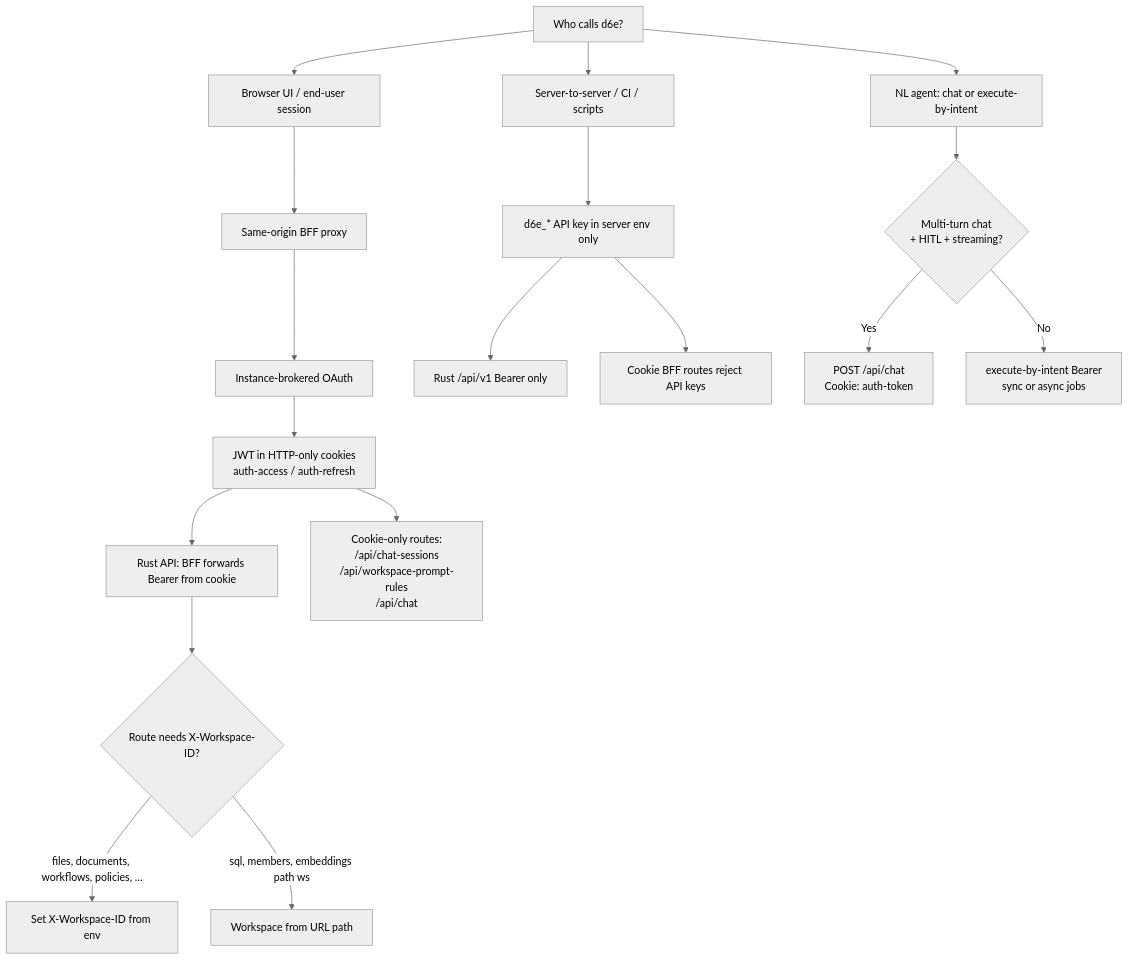
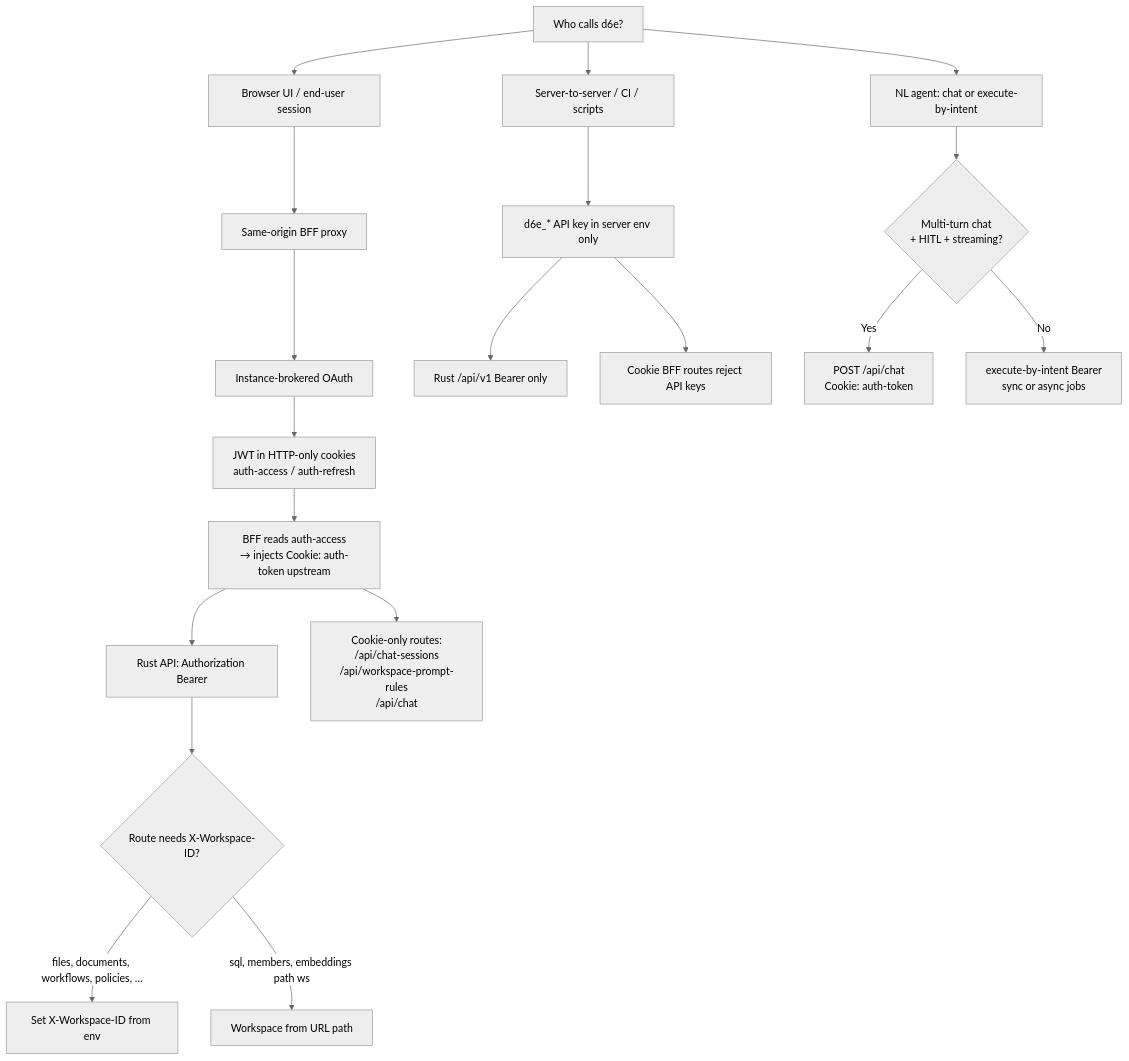
One commit to d6e-ai/d6e-ai-keiri-example changed the diagram in skills/d6e-auth-integration/references/custom-frontend-auth-decision-tree.md. Above: the diagram before and after it, drawn with Mermaid (neutral theme). The commit also changed other lines of this file and 18 other files, not shown here.

First line of the commit message:
docs: expand auth OAuth refs and fill P0/P1 workspace API gaps

````diff
--- a/skills/d6e-auth-integration/references/custom-frontend-auth-decision-tree.md
+++ b/skills/d6e-auth-integration/references/custom-frontend-auth-decision-tree.md
@@ -15,26 +15,27 @@
 ```mermaid
 flowchart TD
   START[Who calls d6e?]
 
   START --> BROWSER[Browser UI / end-user session]
   START --> S2S[Server-to-server / CI / scripts]
   START --> AGENT[NL agent: chat or execute-by-intent]
 
   BROWSER --> COOKIE[Same-origin BFF proxy]
   COOKIE --> OAUTH[Instance-brokered OAuth]
   OAUTH --> JWT_COOKIE[JWT in HTTP-only cookies<br/>auth-access / auth-refresh]
-  JWT_COOKIE --> RUST_BEARER[Rust API: BFF forwards Bearer from cookie]
-  JWT_COOKIE --> COOKIE_ONLY[Cookie-only routes:<br/>/api/chat-sessions<br/>/api/workspace-prompt-rules<br/>/api/chat]
+  JWT_COOKIE --> BRIDGE[BFF reads auth-access<br/>→ injects Cookie: auth-token upstream]
+  BRIDGE --> RUST_BEARER[Rust API: Authorization Bearer]
+  BRIDGE --> COOKIE_ONLY[Cookie-only routes:<br/>/api/chat-sessions<br/>/api/workspace-prompt-rules<br/>/api/chat]
 
   S2S --> APIKEY[d6e_* API key in server env only]
   APIKEY --> RUST_ONLY[Rust /api/v1 Bearer only]
   APIKEY --> NO_COOKIE[Cookie BFF routes reject API keys]
 
   AGENT --> CHAT_Q{Multi-turn chat<br/>+ HITL + streaming?}
   CHAT_Q -->|Yes| COOKIE_CHAT[POST /api/chat<br/>Cookie: auth-token]
   CHAT_Q -->|No| EBI[execute-by-intent Bearer<br/>sync or async jobs]
 
   RUST_BEARER --> HEADER{Route needs X-Workspace-ID?}
   HEADER -->|files, documents, workflows, policies, …| XWS[Set X-Workspace-ID from env]
   HEADER -->|sql, members, embeddings path ws| PATH_WS[Workspace from URL path]
 ```
````
